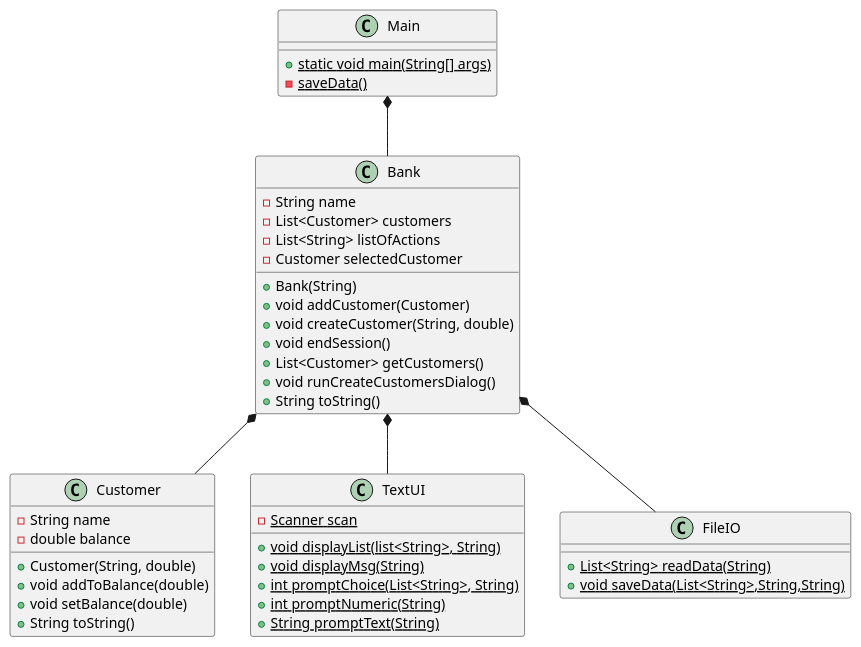
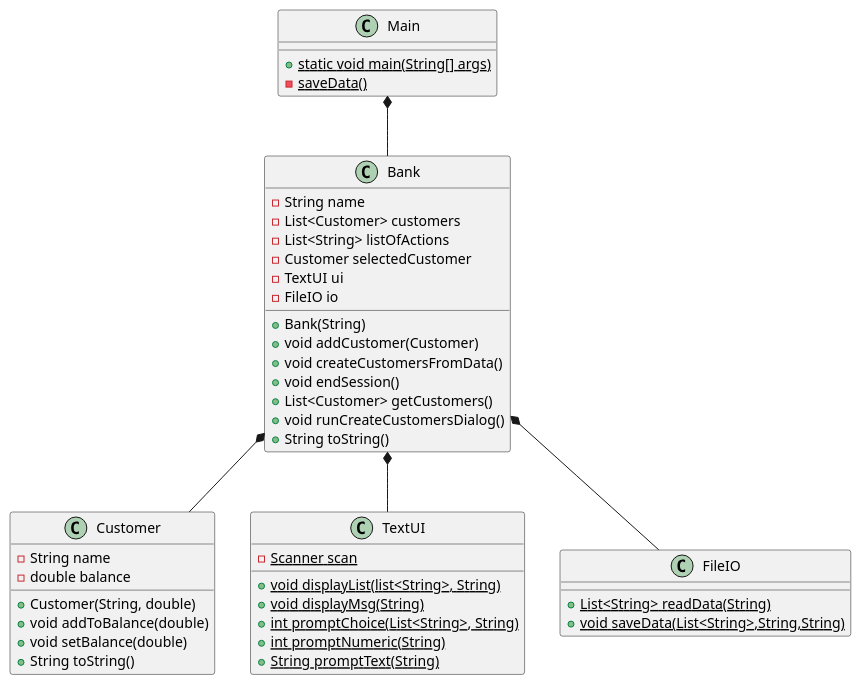
The diagram in doc/classdiagram.puml (Dat1Cphbusiness/MonopolyE24), drawn with PlantUML before and after one commit. The commit also changed 3 other files, not shown here.

```diff
--- a/doc/classdiagram.puml
+++ b/doc/classdiagram.puml
@@ -1,51 +1,54 @@
 @startuml
 class Main{
  {static}+ static void main(String[] args)
  {static}- saveData()
 }
 
 class Bank{
  - String name
  - List<Customer> customers
  - List<String> listOfActions
  - Customer selectedCustomer
+ - TextUI ui
+ - FileIO io
+
  + Bank(String)
  + void addCustomer(Customer)
- + void createCustomer(String, double)
+ + void createCustomersFromData()
  + void endSession()
  + List<Customer> getCustomers()
  + void runCreateCustomersDialog()
  + String toString()
 }
 
 class Customer{
  - String name
  - double balance
  + Customer(String, double)
  + void addToBalance(double)
  + void setBalance(double)
  + String toString()
 
 }
 
 class TextUI{
  {static}- Scanner scan
  {static}+ void displayList(list<String>, String)
  {static}+ void displayMsg(String)
  {static}+ int promptChoice(List<String>, String)
  {static}+int promptNumeric(String)
  {static}+ String promptText(String)
 
 }
 class FileIO{
 {static}+List<String> readData(String)
 {static}+void saveData(List<String>,String,String)
 }
 
 
 Main *-- Bank
 Bank *-- Customer
 Bank *-- TextUI
 Bank *-- FileIO
 
 @enduml
```
